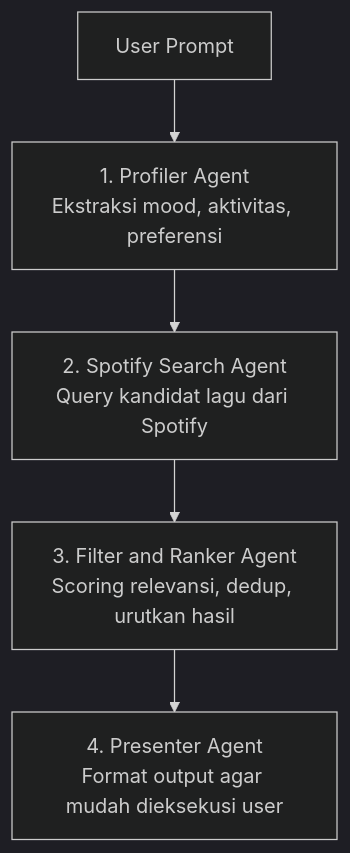
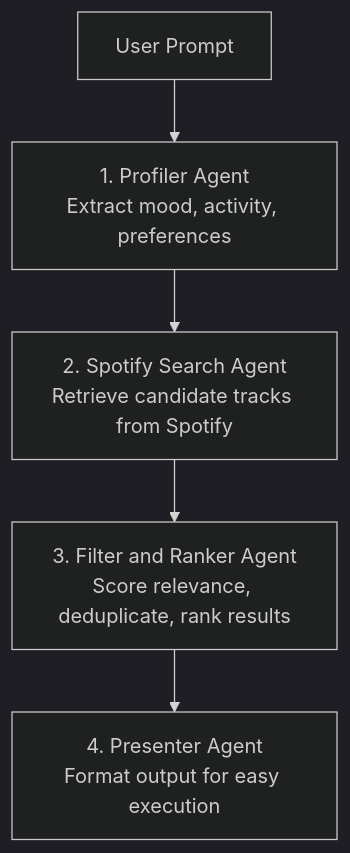
One commit to Wahyu-Siregar/SmartDiscover changed the diagram in README.md. Above: the diagram before and after it, drawn with Mermaid (dark theme). The commit also changed other lines of this file, not shown here.

````diff
--- a/README.md
+++ b/README.md
@@ -33,7 +33,7 @@
 ```mermaid
 flowchart TD
-    A[User Prompt] --> B[1. Profiler Agent\nEkstraksi mood, aktivitas, preferensi]
-    B --> C[2. Spotify Search Agent\nQuery kandidat lagu dari Spotify]
-    C --> D[3. Filter and Ranker Agent\nScoring relevansi, dedup, urutkan hasil]
-    D --> E[4. Presenter Agent\nFormat output agar mudah dieksekusi user]
+  A[User Prompt] --> B[1. Profiler Agent\nExtract mood, activity, preferences]
+  B --> C[2. Spotify Search Agent\nRetrieve candidate tracks from Spotify]
+  C --> D[3. Filter and Ranker Agent\nScore relevance, deduplicate, rank results]
+  D --> E[4. Presenter Agent\nFormat output for easy execution]
 ```
````
